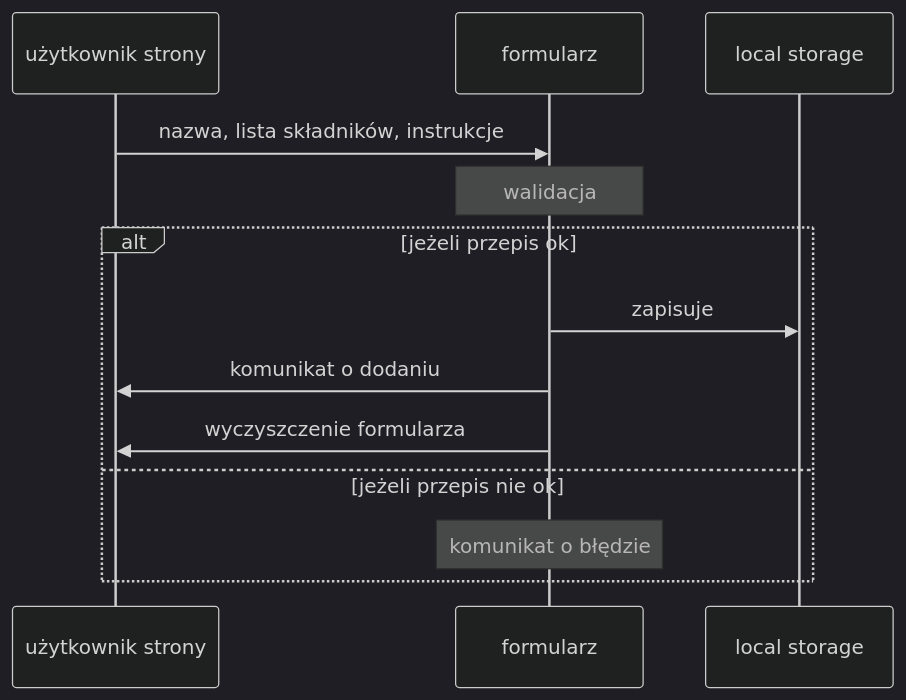
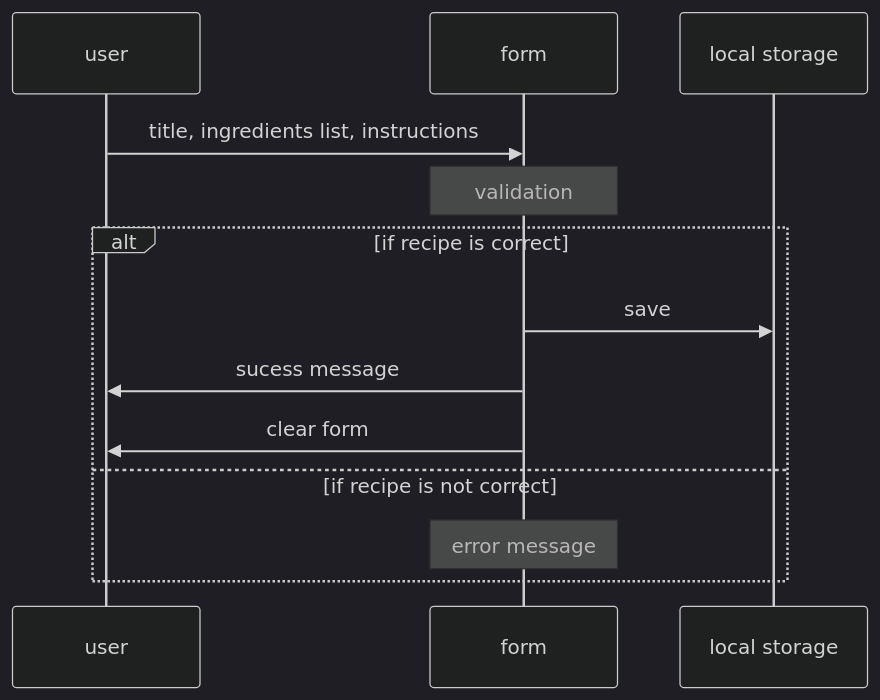
One commit to MichalJanicki26/Co-na-obiad changed the diagram in model.md. Above: the diagram before and after it, drawn with Mermaid (dark theme). The commit also changed other lines of this file and 6 other files, not shown here.

````diff
--- a/model.md
+++ b/model.md
@@ -1,20 +1,20 @@
 ```mermaid
 
 sequenceDiagram
 
-participant u as użytkownik strony
-participant f as formularz
+participant u as user
+participant f as form
 participant l as local storage
 
-u ->> f: nazwa, lista składników, instrukcje
-note over f: walidacja
+u ->> f: title, ingredients list, instructions
+note over f: validation
 
-alt jeżeli przepis ok
-f ->> l: zapisuje
-f ->> u: komunikat o dodaniu
-f ->> u: wyczyszczenie formularza
-else jeżeli przepis nie ok
-note over f: komunikat o błędzie
+alt if recipe is correct
+f ->> l: save
+f ->> u: sucess message
+f ->> u: clear form
+else if recipe is not correct
+note over f: error message
 
 end
 ```
````
